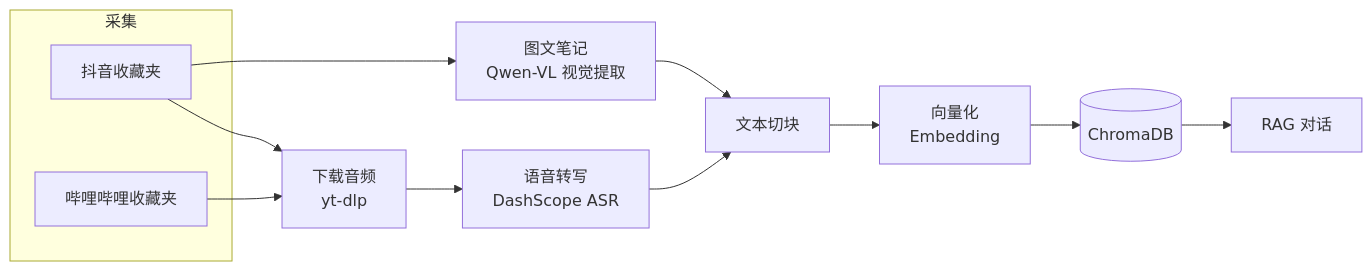
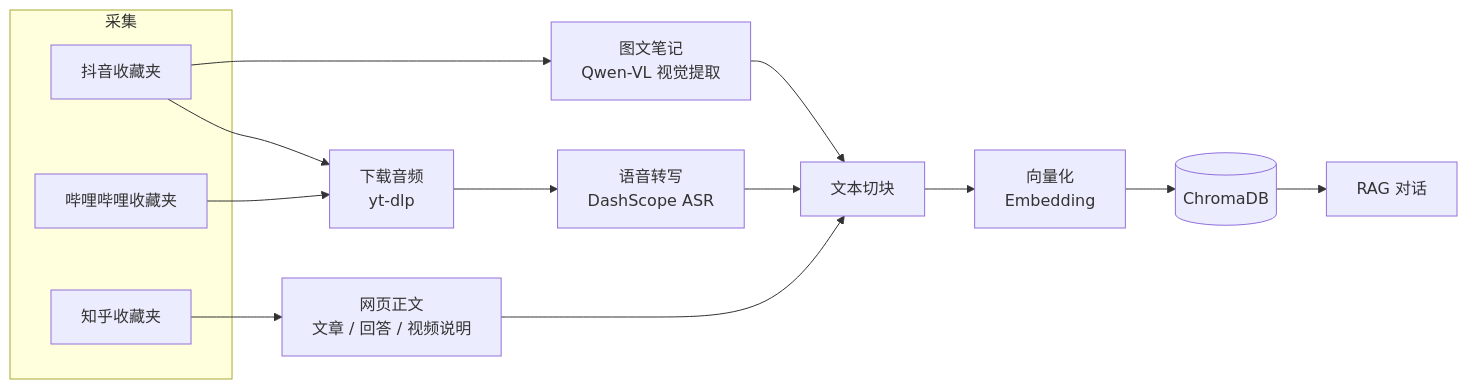
The diagram in README.md (EypeZeo/Akasha-RAG), drawn with Mermaid before and after one commit. The commit also changed other lines of this file and 8 other files, not shown here.

````diff
--- a/README.md
+++ b/README.md
@@ -21,16 +29,19 @@
 ```mermaid
 flowchart LR
     subgraph col["采集"]
         DY[抖音收藏夹]
         BILI[哔哩哔哩收藏夹]
+        ZH[知乎收藏夹]
     end
     DY --> DL[下载音频<br/>yt-dlp]
     BILI --> DL
     DY --> IMG[图文笔记<br/>Qwen-VL 视觉提取]
+    ZH --> TEXT[网页正文<br/>文章 / 回答 / 视频说明]
     DL --> ASR[语音转写<br/>DashScope ASR]
     ASR --> CHUNK[文本切块]
     IMG --> CHUNK
+    TEXT --> CHUNK
     CHUNK --> EMBED[向量化<br/>Embedding]
     EMBED --> VDB[(ChromaDB)]
     VDB --> CHAT[RAG 对话]
 ```
````
